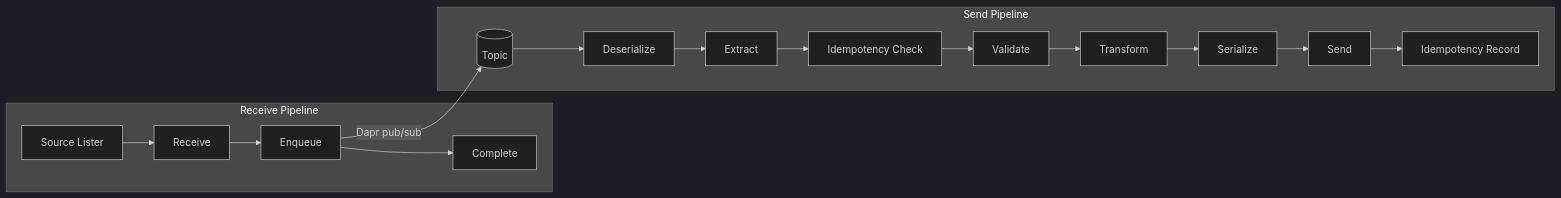
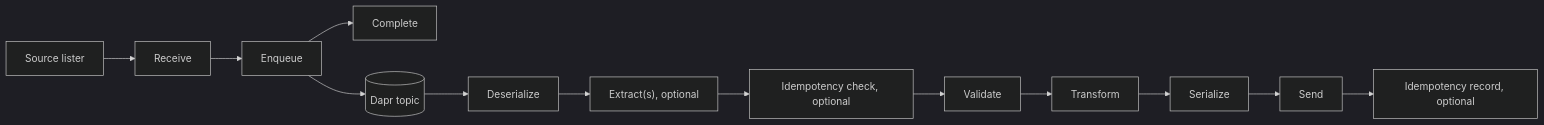
One commit to integrio-intropy/intropy-framework changed the diagram in docs/blocks/transactional-integration.md. Above: the diagram before and after it, drawn with Mermaid (dark theme). The commit also changed other lines of this file and 23 other files, not shown here.

````diff
--- a/docs/blocks/transactional-integration.md
+++ b/docs/blocks/transactional-integration.md
@@ -7,21 +9,15 @@
 ```mermaid
 graph LR
-    subgraph Receive Pipeline
-        SL[Source Lister] --> R[Receive]
-        R --> E[Enqueue]
-        E --> C[Complete]
-    end
-
-    E -->|Dapr pub/sub| D[(Topic)]
-
-    subgraph Send Pipeline
-        D --> DS[Deserialize]
-        DS --> EX[Extract]
-        EX --> IC[Idempotency Check]
-        IC --> V[Validate]
-        V --> T[Transform]
-        T --> S[Serialize]
-        S --> SD[Send]
-        SD --> IR[Idempotency Record]
-    end
+    L[Source lister] --> R[Receive]
+    R --> E[Enqueue]
+    E --> C[Complete]
+    E --> Q[(Dapr topic)]
+    Q --> D[Deserialize]
+    D --> X["Extract(s), optional"]
+    X --> I["Idempotency check, optional"]
+    I --> V[Validate]
+    V --> T[Transform]
+    T --> S[Serialize]
+    S --> O[Send]
+    O --> IR["Idempotency record, optional"]
 ```
````
